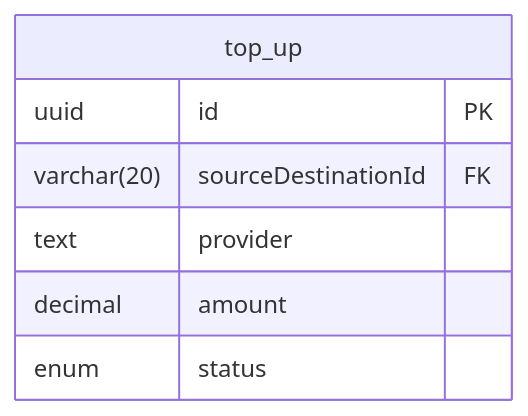
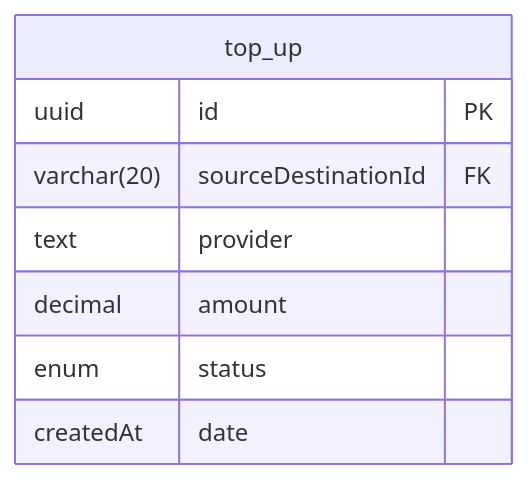
Before and after one commit to coinhub-uit/coinhub-uit.github.io: the first of 2 diagrams in docs/diagrams/database/top-up.md, drawn with Mermaid. The commit also changed other lines of this file and 1 other file, not shown here.

Commit message:
feat: add createdAt column in top-up table

````diff
--- a/docs/diagrams/database/top-up.md
+++ b/docs/diagrams/database/top-up.md
@@ -11,10 +22,11 @@
 ```mermaid
 erDiagram
   top_up {
     uuid id PK
     varchar(20) sourceDestinationId FK
     text provider
     decimal amount
     enum status
+    createdAt date
   }
 ```
````
